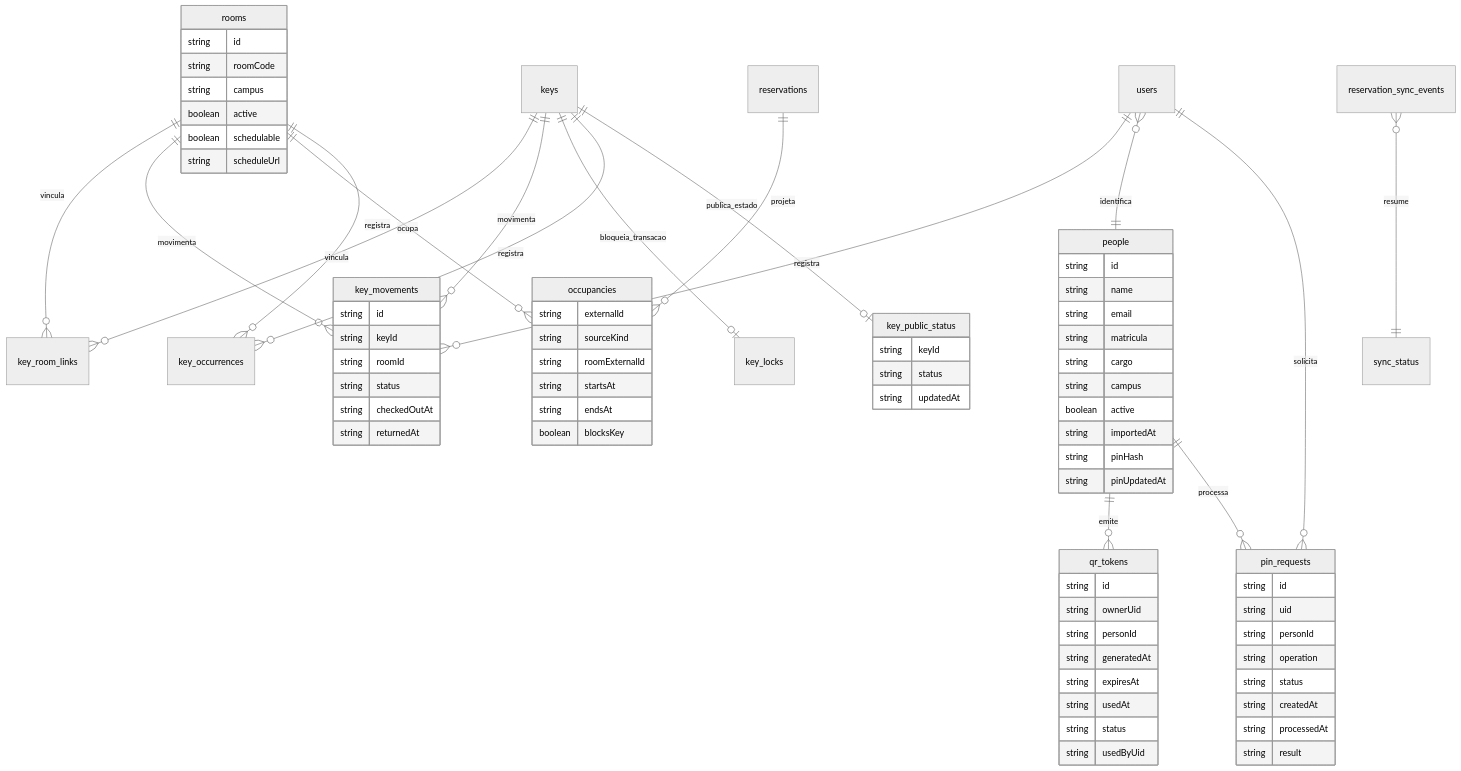
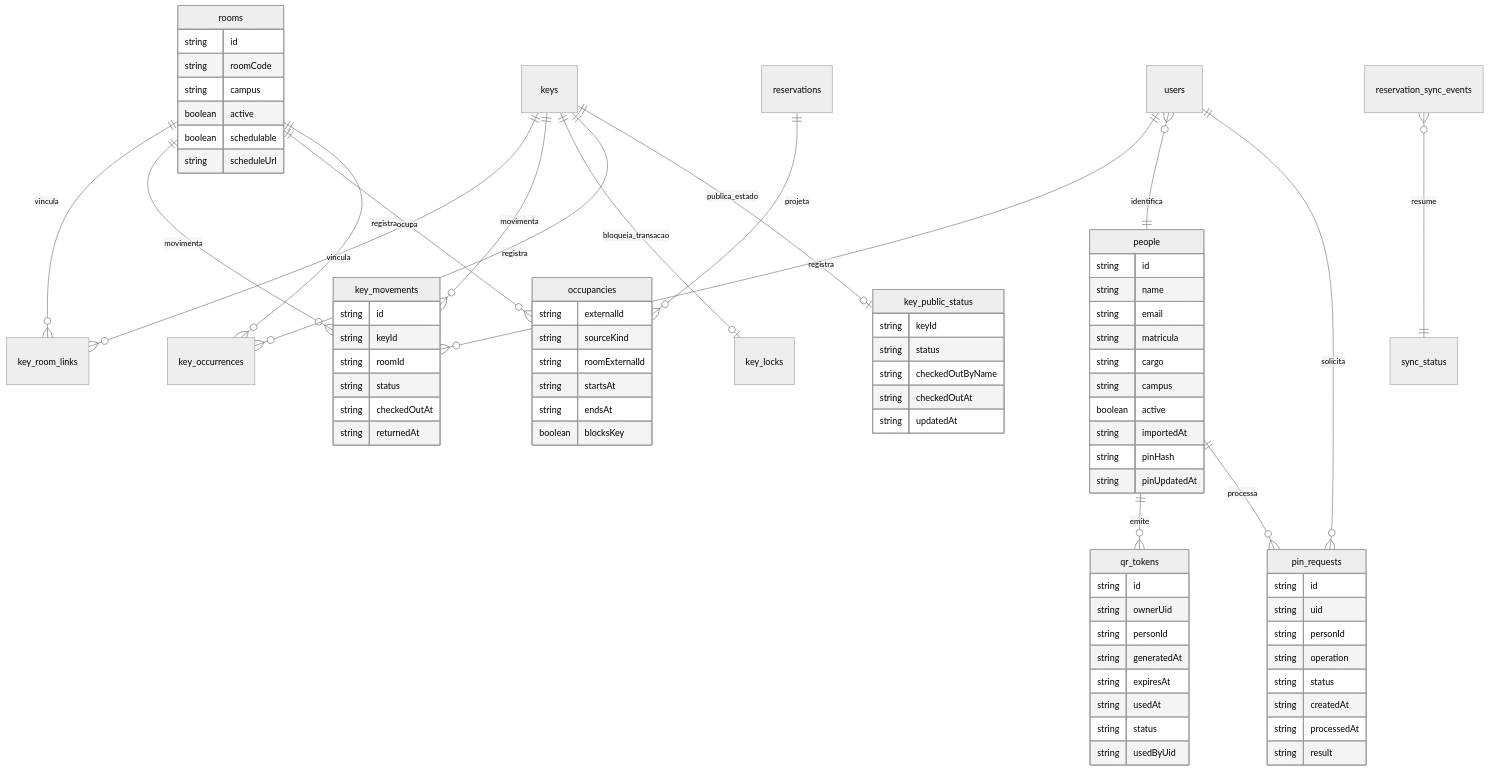
Diagram 13 of 16 in docs/diagramas.md (jacsonlinux/chaveiro-ifbaps), drawn with Mermaid (neutral theme) before and after one commit. The commit also changed 9 other files, not shown here.

```diff
--- a/docs/diagramas.md
+++ b/docs/diagramas.md
@@ -313,6 +313,8 @@
     key_public_status {
       string keyId
       string status
+      string checkedOutByName
+      string checkedOutAt
       string updatedAt
     }
 
```
